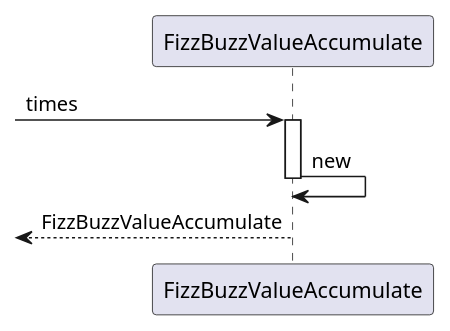
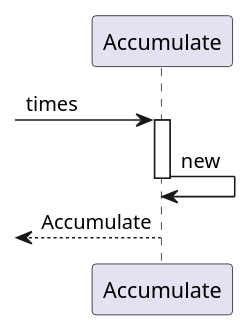
One commit to k2works/etude_for_java changed the fourth of 8 diagrams in docs/src/fizzbuzz.md. Above: the diagram before and after it, drawn with PlantUML. The commit also changed other lines of this file and 9 other files, not shown here.

First line of the commit message:
FizzBuzz #EFJ-8

````diff
--- a/docs/src/fizzbuzz.md
+++ b/docs/src/fizzbuzz.md
@@ -125,9 +128,9 @@
 ```puml
 @startuml
-   -> FizzBuzzValueAccumulate :times
-   activate FizzBuzzValueAccumulate
-      FizzBuzzValueAccumulate -> FizzBuzzValueAccumulate :new
-   deactivate FizzBuzzValueAccumulate
-   <-- FizzBuzzValueAccumulate :FizzBuzzValueAccumulate
+   -> Accumulate :times
+   activate Accumulate
+      Accumulate -> Accumulate :new
+   deactivate Accumulate
+   <-- Accumulate :Accumulate
 @enduml
 ```
````
